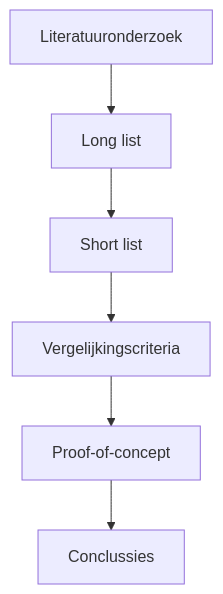
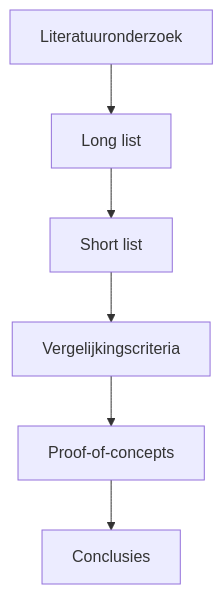
Before and after one commit to Loeka1234/latex-hogent-bachproef: the diagram in voorstel/methodologie.md, drawn with Mermaid. The commit also changed 3 other files, not shown here.

````diff
--- a/voorstel/methodologie.md
+++ b/voorstel/methodologie.md
@@ -1,8 +1,8 @@
 ```mermaid
 graph TD;
     A[Literatuuronderzoek] --> B[Long list]
     B --> C[Short list]
     C --> D[Vergelijkingscriteria]
-    D --> E[Proof-of-concept]
-    E --> F[Conclussies]
+    D --> E[Proof-of-concepts]
+    E --> F[Conclusies]
 ```
````
